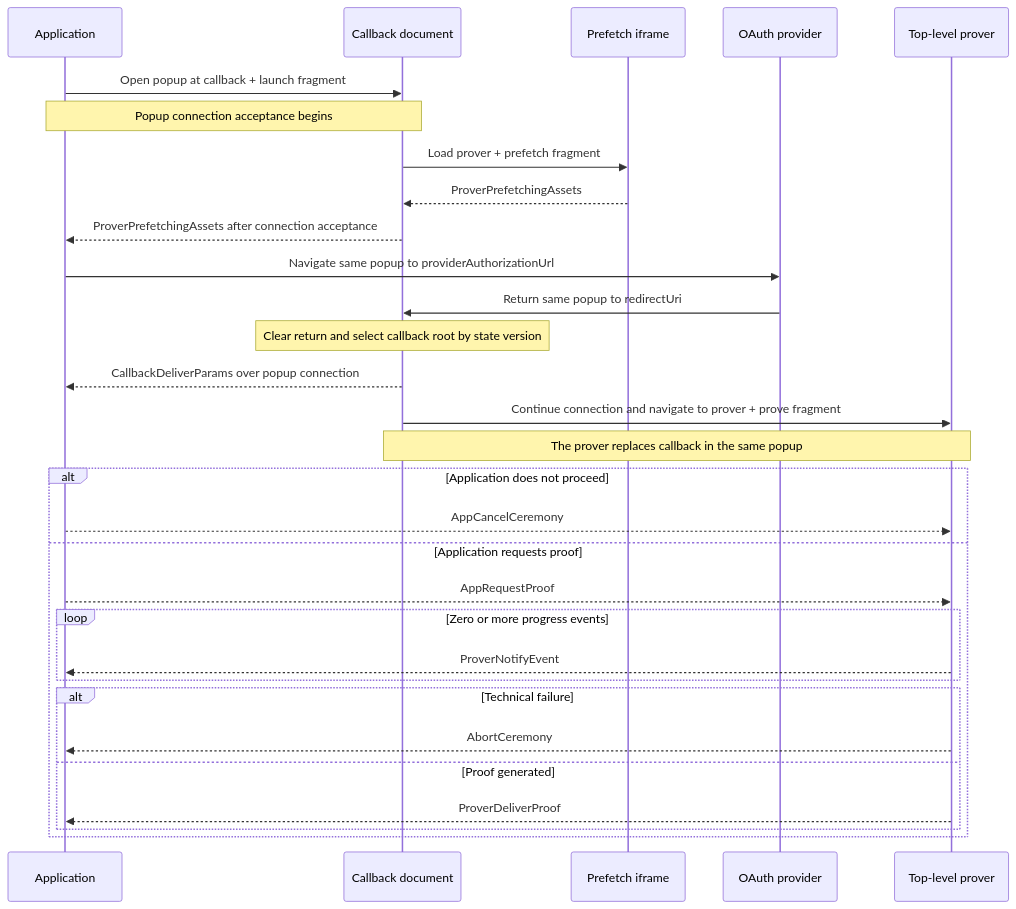
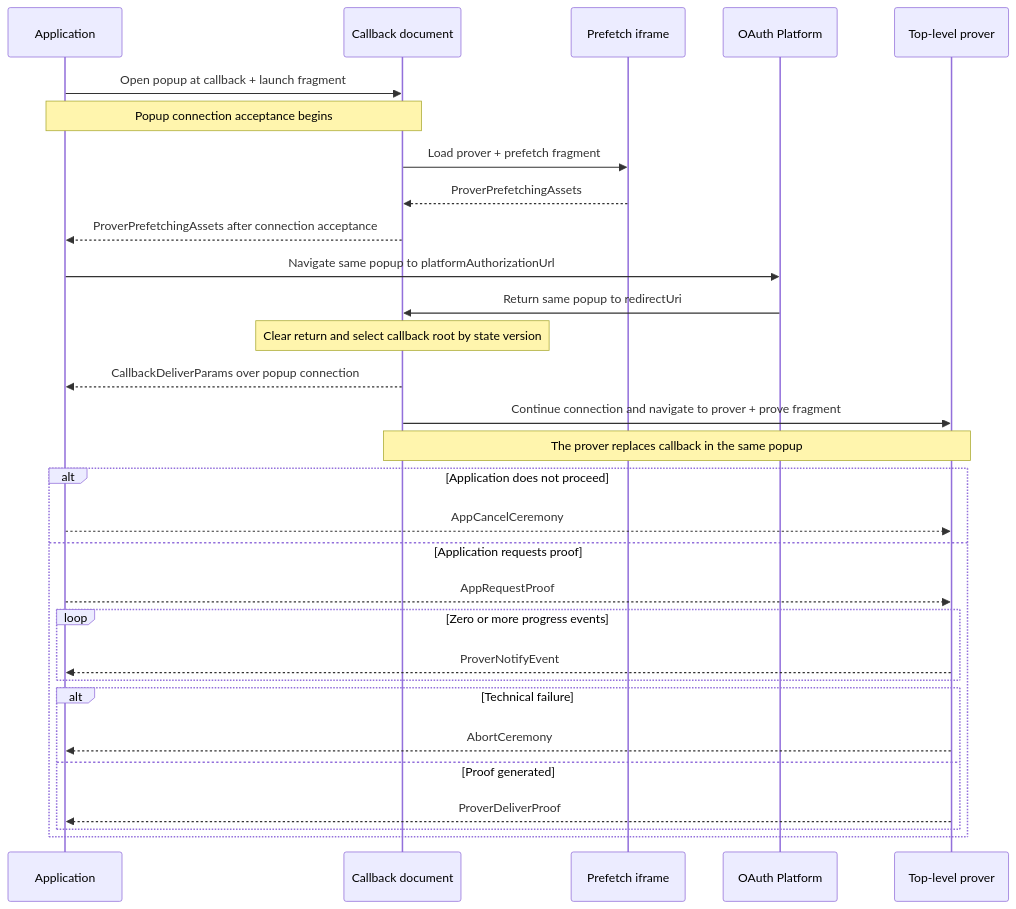
Before and after one commit to libid-org/libid: the diagram in ts/packages/ceremony/CCDP.md, drawn with Mermaid. The commit also changed other lines of this file and 7 other files, not shown here.

````diff
--- a/ts/packages/ceremony/CCDP.md
+++ b/ts/packages/ceremony/CCDP.md
@@ -185,33 +185,33 @@
 ```mermaid
 sequenceDiagram
     participant A as Application
     participant C as Callback document
     participant F as Prefetch iframe
-    participant O as OAuth provider
+    participant O as OAuth Platform
     participant P as Top-level prover
 
     A->>C: Open popup at callback + launch fragment
     Note over A,C: Popup connection acceptance begins
     C->>F: Load prover + prefetch fragment
     F-->>C: ProverPrefetchingAssets
     C-->>A: ProverPrefetchingAssets after connection acceptance
-    A->>O: Navigate same popup to providerAuthorizationUrl
+    A->>O: Navigate same popup to platformAuthorizationUrl
     O->>C: Return same popup to redirectUri
     Note over C: Clear return and select callback root by state version
     C-->>A: CallbackDeliverParams over popup connection
     C->>P: Continue connection and navigate to prover + prove fragment
     Note over C,P: The prover replaces callback in the same popup
     alt Application does not proceed
         A-->>P: AppCancelCeremony
     else Application requests proof
         A-->>P: AppRequestProof
         loop Zero or more progress events
             P-->>A: ProverNotifyEvent
         end
         alt Technical failure
             P-->>A: AbortCeremony
         else Proof generated
             P-->>A: ProverDeliverProof
         end
     end
 ```
````
